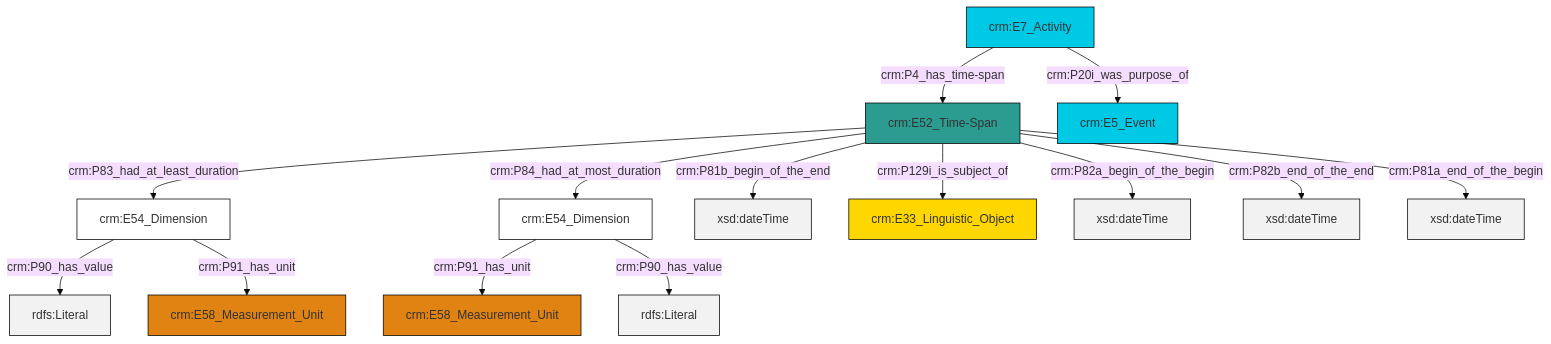
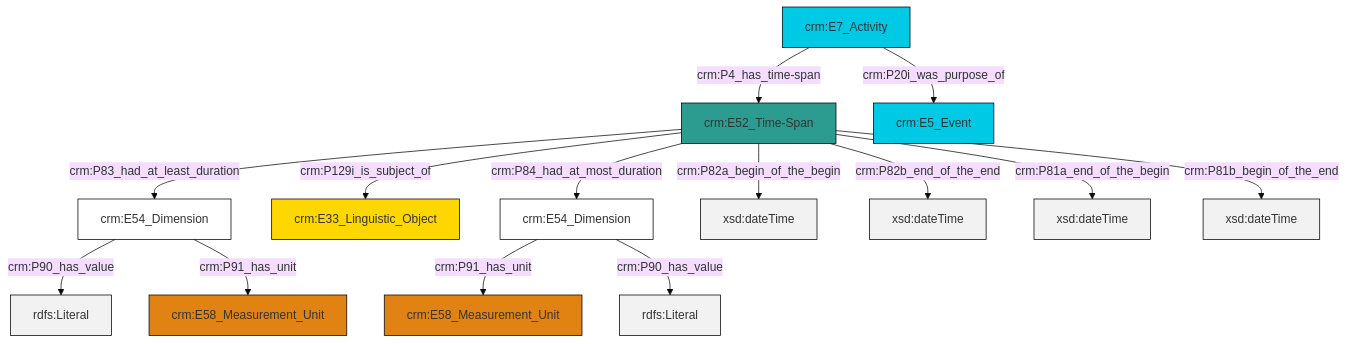
Before and after one commit to swiss-art-research-net/docs.swissartresearch: the diagram in et/eventCSV/ttl/mmd/event_existence.ttl.mmd, drawn with Mermaid (base theme). The commit also changed 177 other files, not shown here.

```diff
--- a/et/eventCSV/ttl/mmd/event_existence.ttl.mmd
+++ b/et/eventCSV/ttl/mmd/event_existence.ttl.mmd
@@ -1,28 +1,28 @@
 graph TD
 classDef Literal fill:#f2f2f2,stroke:#000000;
 classDef CRM_Entity fill:#FFFFFF,stroke:#000000;
 classDef Temporal_Entity fill:#00C9E6, stroke:#000000;
 classDef Type fill:#E18312, stroke:#000000;
 classDef Time-Span fill:#2C9C91, stroke:#000000;
 classDef Appellation fill:#FFEB7F, stroke:#000000;
 classDef Place fill:#008836, stroke:#000000;
 classDef Persistent_Item fill:#B266B2, stroke:#000000;
 classDef Conceptual_Object fill:#FFD700, stroke:#000000;
 classDef Physical_Thing fill:#D2B48C, stroke:#000000;
 classDef Actor fill:#f58aad, stroke:#000000;
 classDef PC_Classes fill:#4ce600, stroke:#000000;
 classDef Multi fill:#cccccc,stroke:#000000;
 
 0["crm:E54_Dimension"]:::CRM_Entity -->|crm:P91_has_unit| 1["crm:E58_Measurement_Unit"]:::Type
-2["crm:E54_Dimension"]:::CRM_Entity -->|crm:P90_has_value| 3[rdfs:Literal]:::Literal
-9["crm:E52_Time-Span"]:::Time-Span -->|crm:P81b_begin_of_the_end| 10[xsd:dateTime]:::Literal
-2["crm:E54_Dimension"]:::CRM_Entity -->|crm:P91_has_unit| 4["crm:E58_Measurement_Unit"]:::Type
-6["crm:E7_Activity"]:::Temporal_Entity -->|crm:P4_has_time-span| 9["crm:E52_Time-Span"]:::Time-Span
-9["crm:E52_Time-Span"]:::Time-Span -->|crm:P82a_begin_of_the_begin| 16[xsd:dateTime]:::Literal
-0["crm:E54_Dimension"]:::CRM_Entity -->|crm:P90_has_value| 17[rdfs:Literal]:::Literal
-9["crm:E52_Time-Span"]:::Time-Span -->|crm:P82b_end_of_the_end| 18[xsd:dateTime]:::Literal
-6["crm:E7_Activity"]:::Temporal_Entity -->|crm:P20i_was_purpose_of| 14["crm:E5_Event"]:::Temporal_Entity
-9["crm:E52_Time-Span"]:::Time-Span -->|crm:P83_had_at_least_duration| 2["crm:E54_Dimension"]:::CRM_Entity
-9["crm:E52_Time-Span"]:::Time-Span -->|crm:P129i_is_subject_of| 12["crm:E33_Linguistic_Object"]:::Conceptual_Object
-9["crm:E52_Time-Span"]:::Time-Span -->|crm:P81a_end_of_the_begin| 19[xsd:dateTime]:::Literal
-9["crm:E52_Time-Span"]:::Time-Span -->|crm:P84_had_at_most_duration| 0["crm:E54_Dimension"]:::CRM_Entity
+5["crm:E54_Dimension"]:::CRM_Entity -->|crm:P90_has_value| 7[rdfs:Literal]:::Literal
+8["crm:E52_Time-Span"]:::Time-Span -->|crm:P82a_begin_of_the_begin| 9[xsd:dateTime]:::Literal
+8["crm:E52_Time-Span"]:::Time-Span -->|crm:P83_had_at_least_duration| 5["crm:E54_Dimension"]:::CRM_Entity
+8["crm:E52_Time-Span"]:::Time-Span -->|crm:P82b_end_of_the_end| 10[xsd:dateTime]:::Literal
+0["crm:E54_Dimension"]:::CRM_Entity -->|crm:P90_has_value| 14[rdfs:Literal]:::Literal
+8["crm:E52_Time-Span"]:::Time-Span -->|crm:P84_had_at_most_duration| 0["crm:E54_Dimension"]:::CRM_Entity
+15["crm:E7_Activity"]:::Temporal_Entity -->|crm:P20i_was_purpose_of| 12["crm:E5_Event"]:::Temporal_Entity
+15["crm:E7_Activity"]:::Temporal_Entity -->|crm:P4_has_time-span| 8["crm:E52_Time-Span"]:::Time-Span
+8["crm:E52_Time-Span"]:::Time-Span -->|crm:P129i_is_subject_of| 2["crm:E33_Linguistic_Object"]:::Conceptual_Object
+5["crm:E54_Dimension"]:::CRM_Entity -->|crm:P91_has_unit| 17["crm:E58_Measurement_Unit"]:::Type
+8["crm:E52_Time-Span"]:::Time-Span -->|crm:P81a_end_of_the_begin| 19[xsd:dateTime]:::Literal
+8["crm:E52_Time-Span"]:::Time-Span -->|crm:P81b_begin_of_the_end| 21[xsd:dateTime]:::Literal
```
